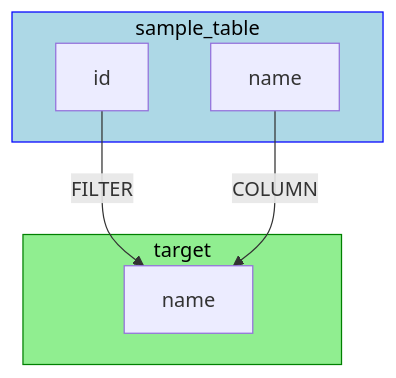
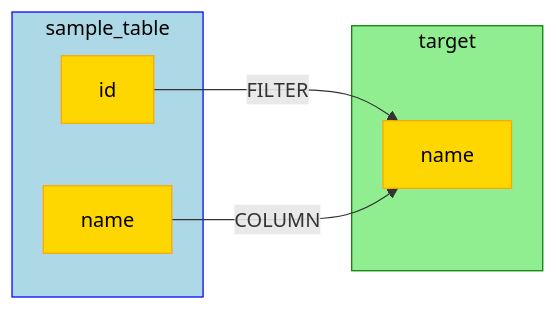
Before and after one commit to NielkNetraam/explainalyzed: the diagram in data/lineage/filter_not_in_output.mmd, drawn with Mermaid. The commit also changed 48 other files, not shown here.

```diff
--- a/data/lineage/filter_not_in_output.mmd
+++ b/data/lineage/filter_not_in_output.mmd
@@ -1,31 +1,21 @@
----
-config:
-theme: 'base'
-themeVariables:
-    primaryColor: '#BB2528'
-    primaryTextColor: '#fff'
-    primaryBorderColor: '#7C0000'
-    lineColor: '#F8B229'
-    secondaryColor: '#267826'
-    tertiaryColor: '#fff'
----
-flowchart TD
+flowchart LR
     classDef SOURCE stroke:Blue,fill:LightBlue,color:black
     classDef TARGET stroke:Green,fill:LightGreen,color:black
     classDef INTERMEDIATE stroke:DarkOrange,fill:Orange,color:black
     classDef INTERNAL stroke:Purple,fill:Violet,color:black
+    classDef FIELD stroke:Orange,fill:Gold,color:black
 
     sample_table:::SOURCE
     target:::TARGET
 
     subgraph sample_table
-        sample_table.id[id]
-        sample_table.name[name]
+        sample_table.id[id]:::FIELD
+        sample_table.name[name]:::FIELD
     end
 
     subgraph target
-        target.name[name]
+        target.name[name]:::FIELD
     end
 
     sample_table.id -- FILTER --> target.name
     sample_table.name -- COLUMN --> target.name
```
